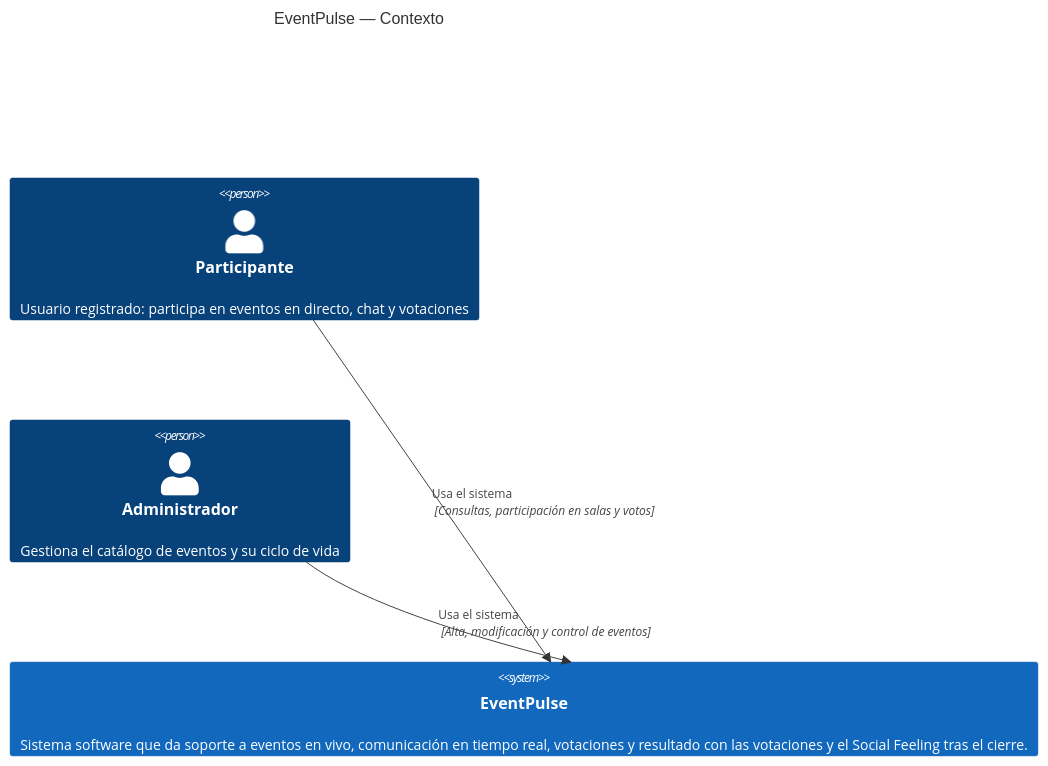
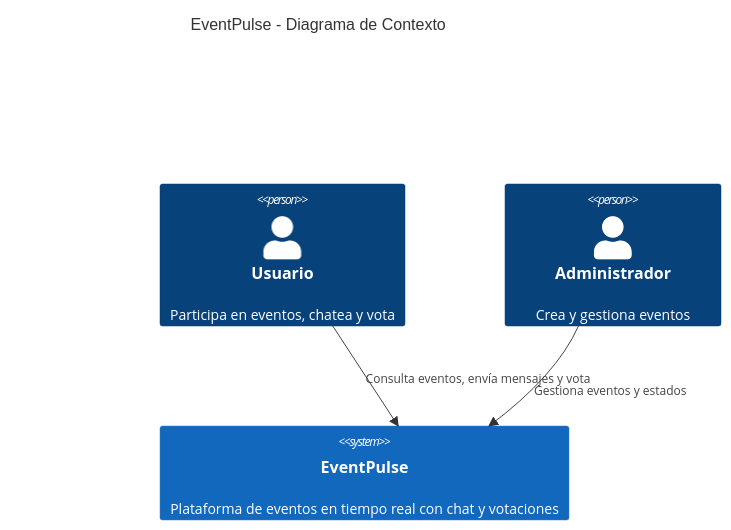
The first of 2 diagrams in doc/propuesta.md (pablojhdcoder/EventPulse), drawn with Mermaid before and after one commit. The commit also changed other lines of this file and 4 other files, not shown here.

````diff
--- a/doc/propuesta.md
+++ b/doc/propuesta.md
@@ -85,12 +85,12 @@
 ```mermaid
 C4Context
-  title EventPulse — Contexto
+  title EventPulse - Diagrama de Contexto
 
-  Person(participant, "Participante", "Usuario registrado: participa en eventos en directo, chat y votaciones")
-  Person(admin, "Administrador", "Gestiona el catálogo de eventos y su ciclo de vida")
+  Person(user, "Usuario", "Participa en eventos, chatea y vota")
+  Person(admin, "Administrador", "Crea y gestiona eventos")
 
-  System(ep, "EventPulse", "Sistema software que da soporte a eventos en vivo, comunicación en tiempo real, votaciones y resultado con las votaciones y el Social Feeling tras el cierre.")
+  System(eventpulse, "EventPulse", "Plataforma de eventos en tiempo real con chat y votaciones")
 
-  Rel(participant, ep, "Usa el sistema", "Consultas, participación en salas y votos")
-  Rel(admin, ep, "Usa el sistema", "Alta, modificación y control de eventos")
+  Rel(user, eventpulse, "Consulta eventos, envía mensajes y vota")
+  Rel(admin, eventpulse, "<br><br>Gestiona eventos y estados")
 ```
````
